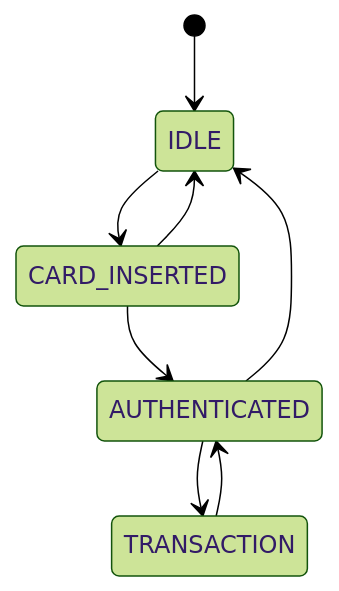
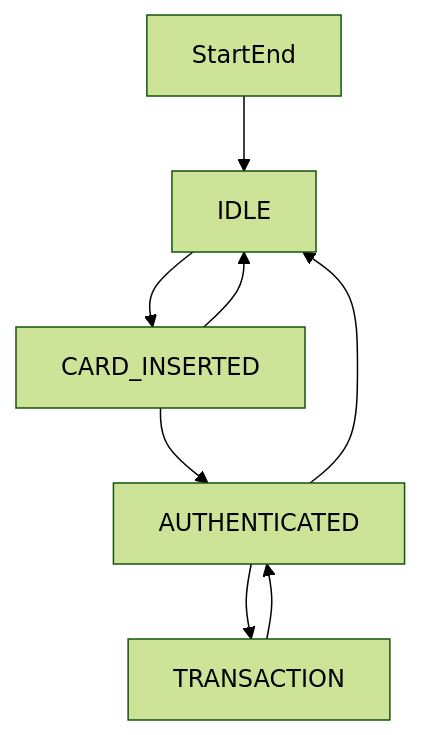
One commit to mthaiseer/springcloud-systemdesign-notes changed diagram 15 of 58 in LLD_NOTES/lld_visual_java_reference_fixed.md. Above: the diagram before and after it, drawn with Mermaid (forest theme). The commit also changed other lines of this file, not shown here.

````diff
--- a/LLD_NOTES/lld_visual_java_reference_fixed.md
+++ b/LLD_NOTES/lld_visual_java_reference_fixed.md
@@ -820,10 +756,15 @@
 ```mermaid
-stateDiagram-v2
-  [*] --> IDLE
-  IDLE --> CARD_INSERTED
-  CARD_INSERTED --> AUTHENTICATED
-  CARD_INSERTED --> IDLE
-  AUTHENTICATED --> TRANSACTION
-  TRANSACTION --> AUTHENTICATED
-  AUTHENTICATED --> IDLE
+flowchart TD
+  S1[StartEnd]
+  S2[IDLE]
+  S3[CARD_INSERTED]
+  S4[AUTHENTICATED]
+  S5[TRANSACTION]
+  S1 --> S2
+  S2 --> S3
+  S3 --> S4
+  S3 --> S2
+  S4 --> S5
+  S5 --> S4
+  S4 --> S2
 ```
````
